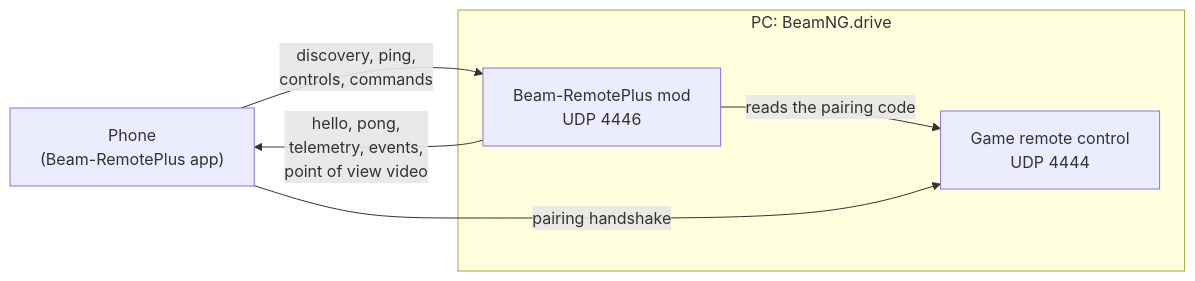
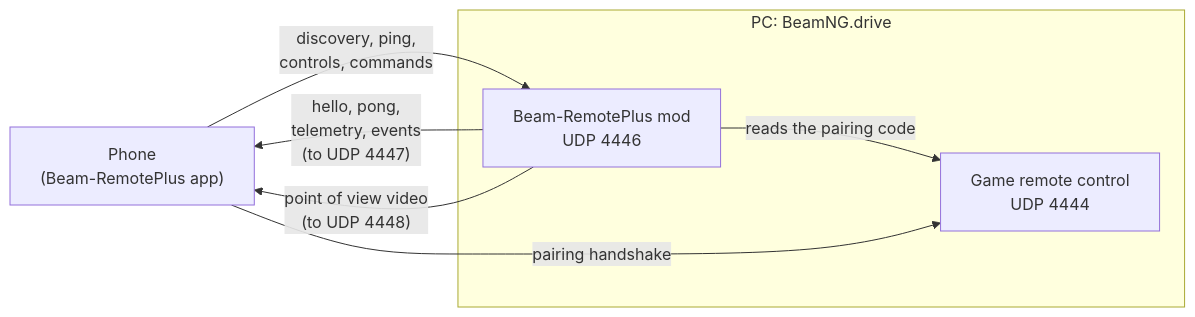
Before and after one commit to LucienLassalle/Beam-RemotePlus-Mod: the diagram in README.md, drawn with Mermaid. The commit also changed other lines of this file, not shown here.

Commit message:
docs(readme): ports of the phone the mod sends to

````diff
--- a/README.md
+++ b/README.md
@@ -118,12 +125,13 @@
 ```mermaid
 flowchart LR
     phone["Phone<br/>(Beam-RemotePlus app)"]
     subgraph pc["PC: BeamNG.drive"]
         mod["Beam-RemotePlus mod<br/>UDP 4446"]
         native["Game remote control<br/>UDP 4444"]
         mod -- "reads the pairing code" --> native
     end
     phone -- "discovery, ping,<br/>controls, commands" --> mod
-    mod -- "hello, pong,<br/>telemetry, events,<br/>point of view video" --> phone
+    mod -- "hello, pong,<br/>telemetry, events<br/>(to UDP 4447)" --> phone
+    mod -- "point of view video<br/>(to UDP 4448)" --> phone
     phone -- "pairing handshake" --> native
 ```
````
